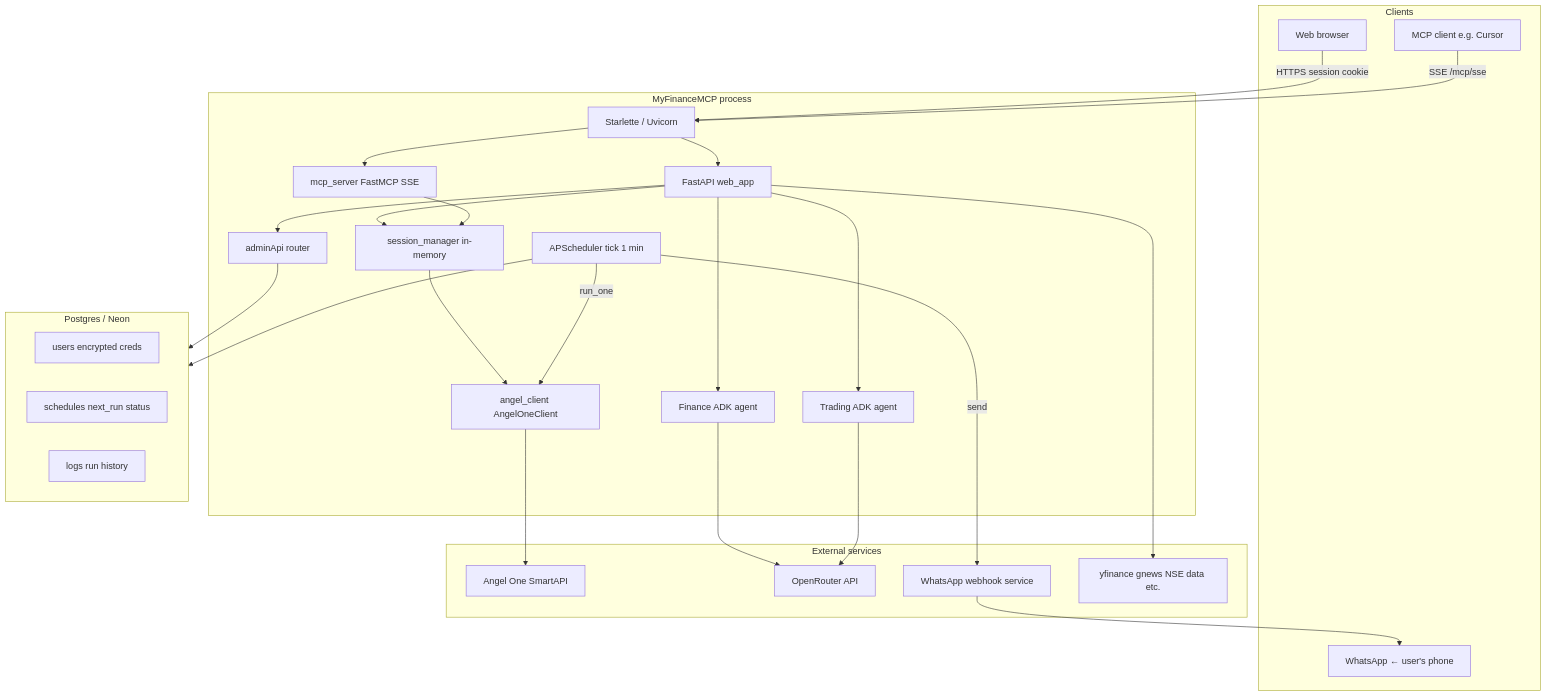
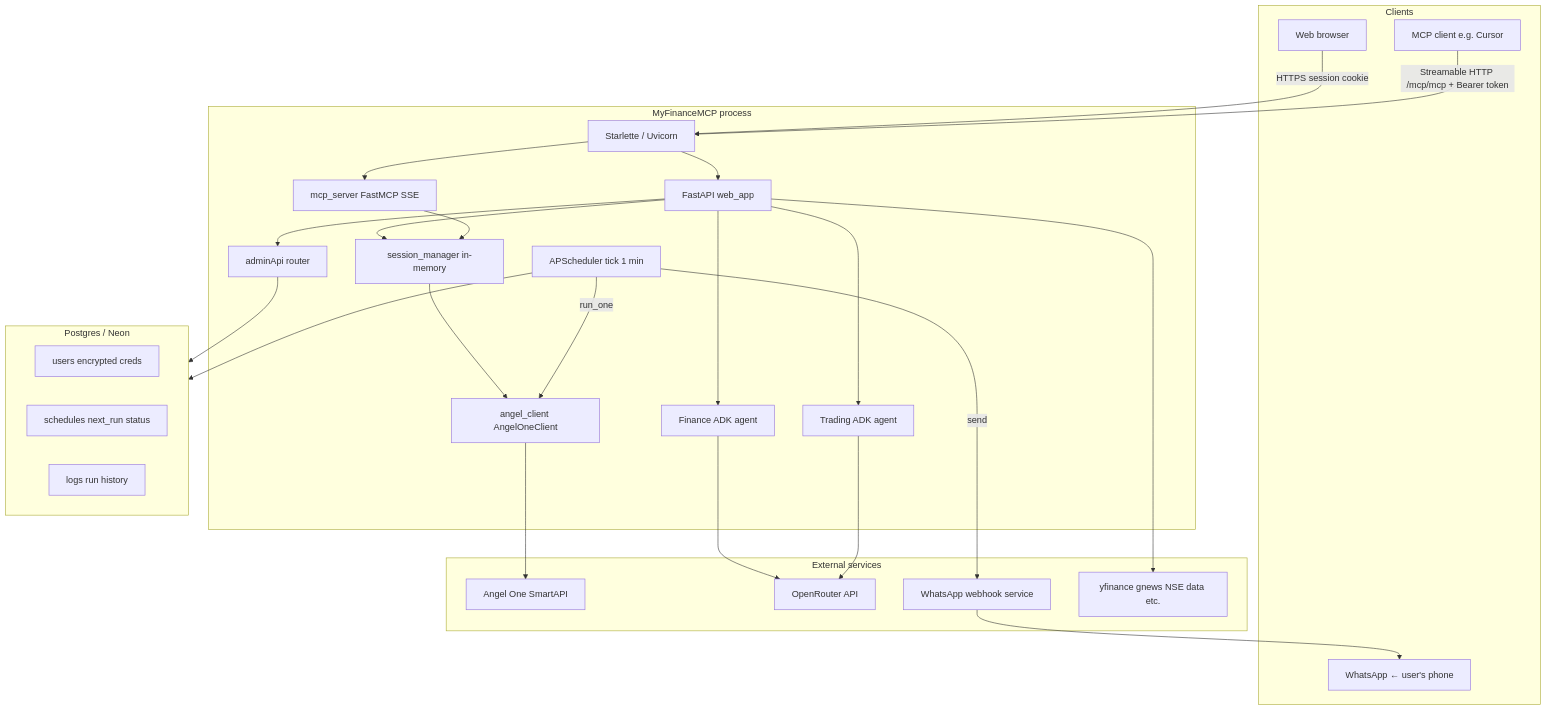
One commit to raghav18482/MyFinancesMCP changed the diagram in README.md. Above: the diagram before and after it, drawn with Mermaid. The commit also changed other lines of this file and 49 other files, not shown here.

````diff
--- a/README.md
+++ b/README.md
@@ -102,53 +102,53 @@
 ```mermaid
 flowchart TB
   subgraph clients [Clients]
     Browser[Web browser]
     MCPClient[MCP client e.g. Cursor]
     WhatsApp[WhatsApp ← user's phone]
   end
 
   subgraph server [MyFinanceMCP process]
     Starlette[Starlette / Uvicorn]
     Web[FastAPI web_app]
     MCP[mcp_server FastMCP SSE]
     Admin[adminApi router]
     SM[session_manager in-memory]
     FinanceADK[Finance ADK agent]
     TradingADK[Trading ADK agent]
     Scheduler[APScheduler tick 1 min]
     AngelWrap[angel_client AngelOneClient]
   end
 
   subgraph db [Postgres / Neon]
     Users[users encrypted creds]
     Schedules[schedules next_run status]
     Logs[logs run history]
   end
 
   subgraph external [External services]
     AngelAPI[Angel One SmartAPI]
     OR[OpenRouter API]
     WAHook[WhatsApp webhook service]
     Other[yfinance gnews NSE data etc.]
   end
 
   Browser -->|HTTPS session cookie| Starlette
-  MCPClient -->|SSE /mcp/sse| Starlette
+  MCPClient -->|Streamable HTTP /mcp/mcp + Bearer token| Starlette
   Starlette --> Web
   Starlette --> MCP
   Web --> Admin
   Web --> SM
   Web --> FinanceADK
   Web --> TradingADK
   MCP --> SM
   SM --> AngelWrap
   AngelWrap --> AngelAPI
   FinanceADK --> OR
   TradingADK --> OR
   Web --> Other
   Admin --> db
   Scheduler --> db
   Scheduler -->|run_one| AngelWrap
   Scheduler -->|send| WAHook
   WAHook --> WhatsApp
 ```
````
